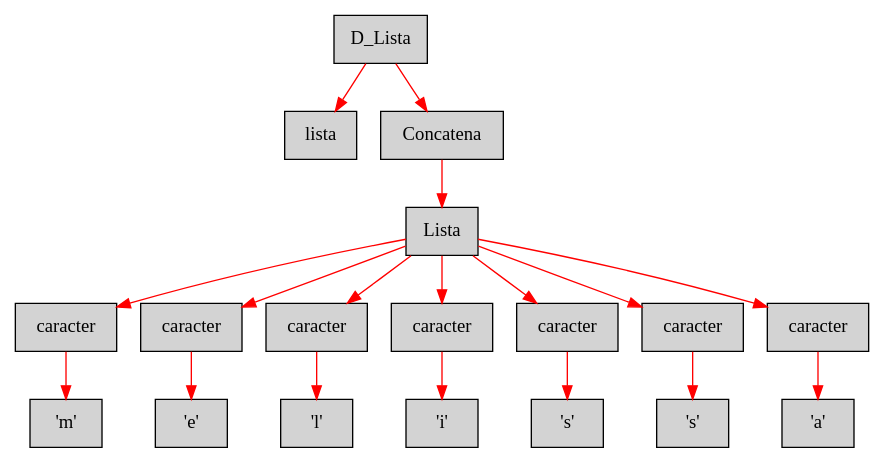
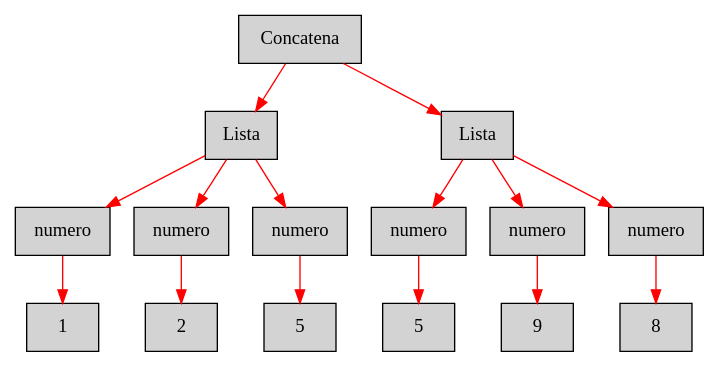
One commit to k12melissalima09sandoval/Proyecto changed the diagram in AstConsola.dot. Above: the diagram before and after it, drawn with Graphviz. The commit also changed 4 other files, not shown here.

```diff
--- a/AstConsola.dot
+++ b/AstConsola.dot
@@ -1,21 +1,18 @@
 digraph G {node[shape=box, style=filled]; edge[color=red]
-node1754306842[label="D_Lista"];
- node1754306842->node450556035;node450556035[label="lista"];
- node1754306842->node1673737516;node1673737516[label="Concatena"];
- node1673737516->node1509188528;node1509188528[label="Lista"];
- node1509188528->node901802461;node901802461[label="caracter"];
- node901802461->node2027145486;node2027145486[label="'m'"];
- node1509188528->node38005101;node38005101[label="caracter"];
- node38005101->node2026955638;node2026955638[label="'e'"];
- node1509188528->node1323885360;node1323885360[label="caracter"];
- node1323885360->node672520282;node672520282[label="'l'"];
- node1509188528->node889210036;node889210036[label="caracter"];
- node889210036->node1244973617;node1244973617[label="'i'"];
- node1509188528->node1129074980;node1129074980[label="caracter"];
- node1129074980->node1167955487;node1167955487[label="'s'"];
- node1509188528->node1913606140;node1913606140[label="caracter"];
- node1913606140->node512124622;node512124622[label="'s'"];
- node1509188528->node1071825227;node1071825227[label="caracter"];
- node1071825227->node384206278;node384206278[label="'a'"];
+node84634501[label="Concatena"];
+ node84634501->node1174310407;node1174310407[label="Lista"];
+ node1174310407->node355681525;node355681525[label="numero"];
+ node355681525->node779456386;node779456386[label="1"];
+ node1174310407->node1887211146;node1887211146[label="numero"];
+ node1887211146->node1103341620;node1103341620[label="2"];
+ node1174310407->node1322797077;node1322797077[label="numero"];
+ node1322797077->node1288947667;node1288947667[label="5"];
+ node84634501->node1489963037;node1489963037[label="Lista"];
+ node1489963037->node76650808;node76650808[label="numero"];
+ node76650808->node134603103;node134603103[label="5"];
+ node1489963037->node1522160339;node1522160339[label="numero"];
+ node1522160339->node2056599161;node2056599161[label="9"];
+ node1489963037->node1917134922;node1917134922[label="numero"];
+ node1917134922->node1433219140;node1433219140[label="8"];
 
 }
```
